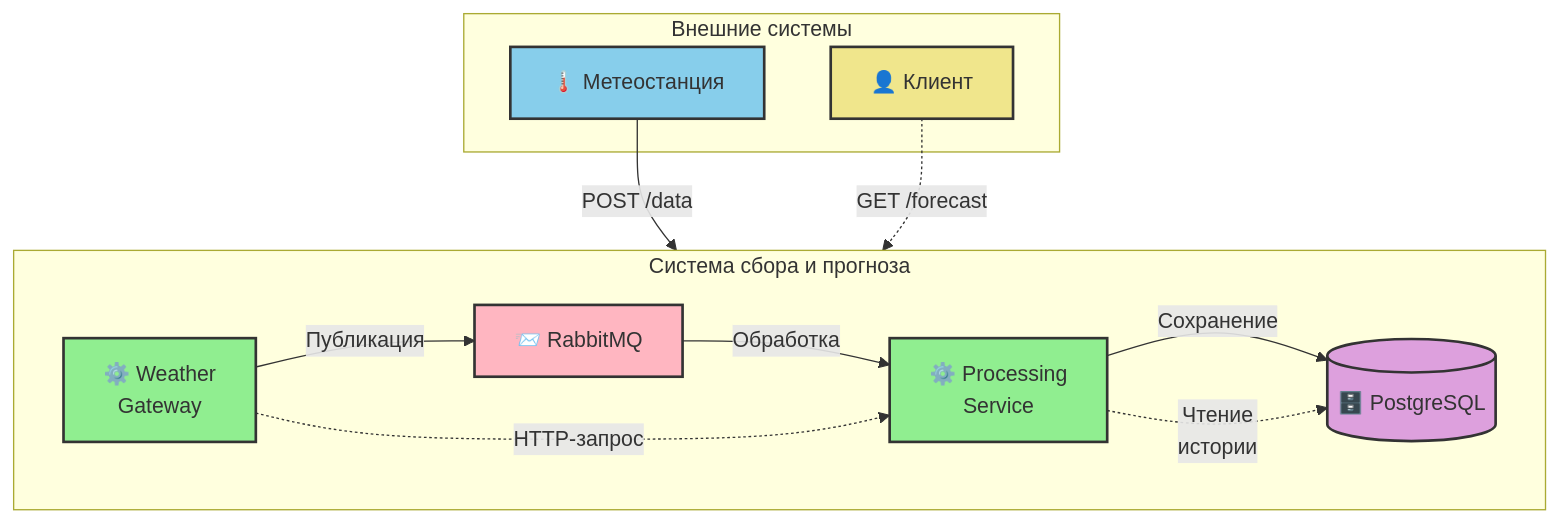
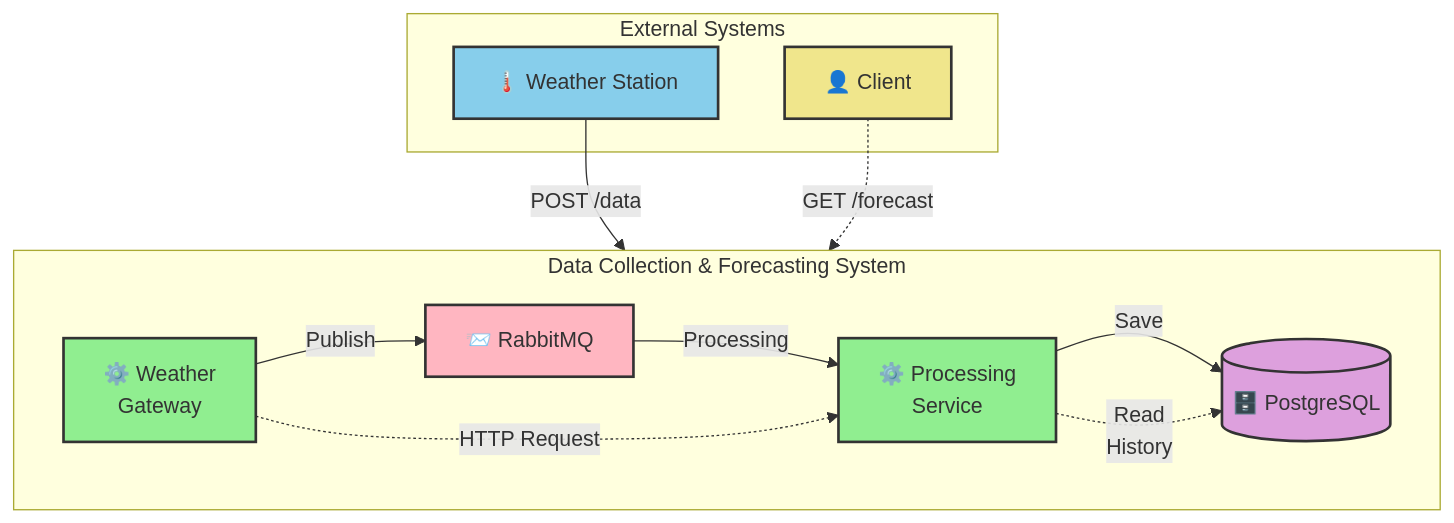
Before and after one commit to akardapolov/weather-system: the diagram in README.md, drawn with Mermaid. The commit also changed other lines of this file and 2 other files, not shown here.

````diff
--- a/README.md
+++ b/README.md
@@ -16,39 +29,39 @@
 ```mermaid
 graph TB
-    subgraph "Внешние системы"
-        WS["🌡️ Метеостанция"]
-        Client["👤 Клиент"]
+    subgraph "External Systems"
+        WS["🌡️ Weather Station"]
+        Client["👤 Client"]
     end
 
-    subgraph "Система сбора и прогноза"
+    subgraph "Data Collection & Forecasting System"
         direction LR
         GW["⚙️ Weather<br/>Gateway"]
         RMQ["📨 RabbitMQ"]
         PS["⚙️ Processing<br/>Service"]
         DB[("🗄️ PostgreSQL")]
     end
 
-    %% Поток 1: Сбор данных (Асинхронный, сплошная линия)
+    %% Flow 1: Data Collection (Asynchronous, solid line)
     WS -- "POST /data" --> GW
-    GW -- "Публикация" --> RMQ
-    RMQ -- "Обработка" --> PS
-    PS -- "Сохранение" --> DB
+    GW -- "Publish" --> RMQ
+    RMQ -- "Processing" --> PS
+    PS -- "Save" --> DB
 
-    %% Поток 2: Запрос прогноза (Синхронный, пунктирная линия)
+    %% Flow 2: Forecast Request (Synchronous, dashed line)
     Client -.-> |"GET /forecast"| GW
-    GW -.-> |"HTTP-запрос"| PS
-    PS -.-> |"Чтение<br/>истории"| DB
+    GW -.-> |"HTTP Request"| PS
+    PS -.-> |"Read<br/>History"| DB
 
-    %% Стили
+    %% Styles
     classDef station fill:#87CEEB,stroke:#333,stroke-width:2px
     classDef service fill:#90EE90,stroke:#333,stroke-width:2px
     classDef broker fill:#FFB6C1,stroke:#333,stroke-width:2px
     classDef database fill:#DDA0DD,stroke:#333,stroke-width:2px
     classDef client fill:#F0E68C,stroke:#333,stroke-width:2px
 
     class WS station
     class GW,PS service
     class RMQ broker
     class DB database
     class Client client
 ```
````
